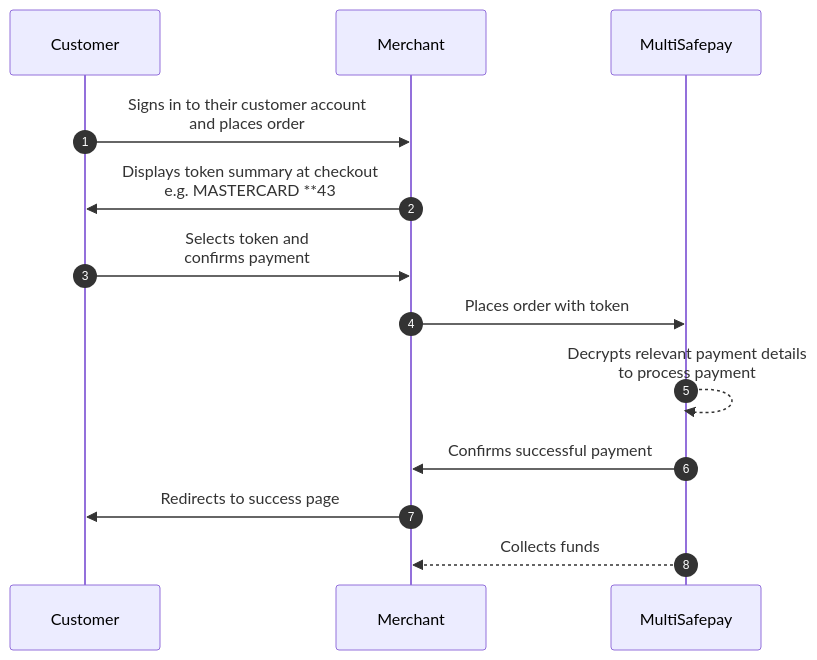
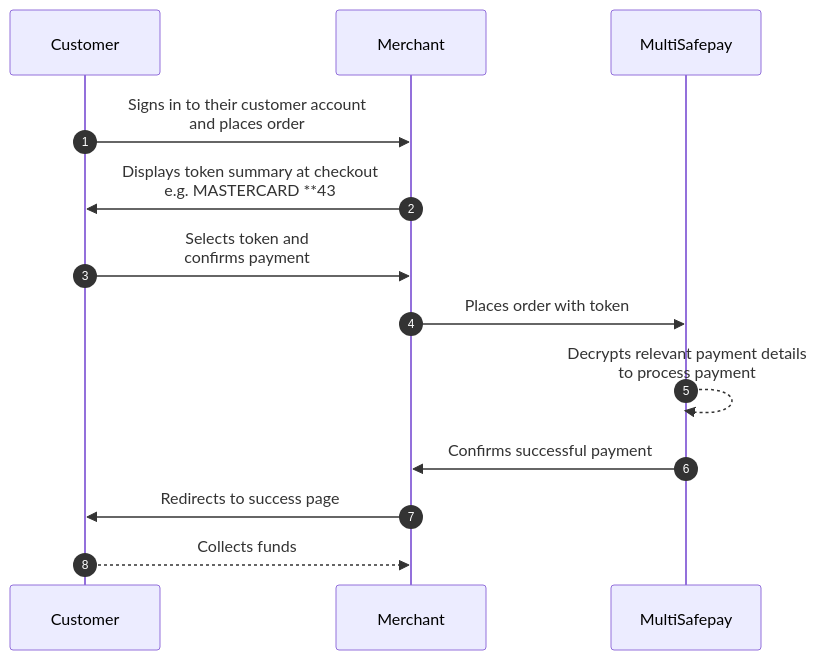
One commit to MultiSafepay/docs changed the second of 3 diagrams in content/payments/features/recurring-payments/_index.md. Above: the diagram before and after it, drawn with Mermaid.

```diff
--- a/content/payments/features/recurring-payments/_index.md
+++ b/content/payments/features/recurring-payments/_index.md
@@ -91,18 +91,19 @@
 {{< mermaid class="text-center" >}}
 
 sequenceDiagram
     autonumber
     participant C as Customer
     participant Me as Merchant
     participant Mu as MultiSafepay
 
     C->>Me: Signs in to their customer account <br> and places order
     Me->>C: Displays token summary at checkout <br> e.g. MASTERCARD **43
     C->>Me: Selects token and <br> confirms payment
     Me->>Mu: Places order with token
     Mu-->>Mu: Decrypts relevant payment details <br> to process payment
     Mu->>Me: Confirms successful payment
     Me->>C: Redirects to success page
-    Mu-->>Me: Collects funds 
+    C-->>Me: Collects funds 
+
 
 {{< /mermaid >}}
```
